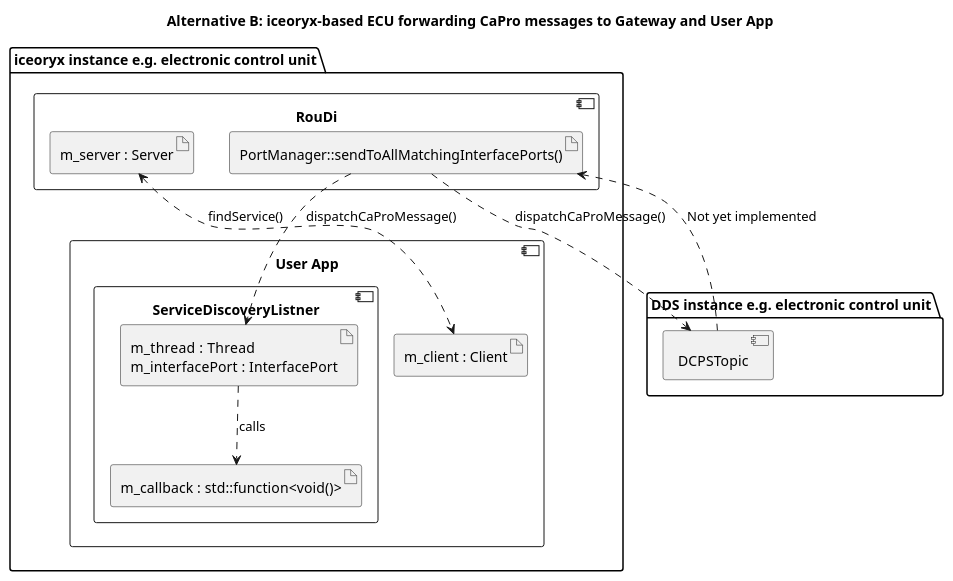
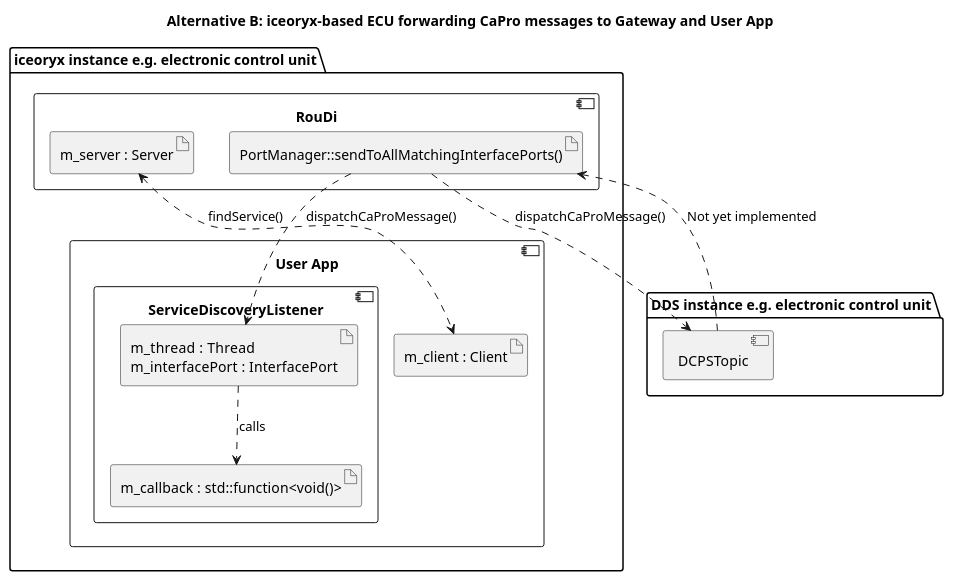
The diagram in doc/design/diagrams/service-discovery/service-discovery-overview-alternative-b.puml (eclipse-iceoryx/iceoryx), drawn with PlantUML before and after one commit. The commit also changed 3 other files, not shown here.

```diff
--- a/doc/design/diagrams/service-discovery/service-discovery-overview-alternative-b.puml
+++ b/doc/design/diagrams/service-discovery/service-discovery-overview-alternative-b.puml
@@ -1,38 +1,38 @@
 @startuml
 title Alternative B: iceoryx-based ECU forwarding CaPro messages to Gateway and User App
 
 package "iceoryx instance e.g. electronic control unit" {
     component RouDi {
         artifact discoveryLoop [
         PortManager::sendToAllMatchingInterfacePorts()
         ]
         artifact server [
         m_server : Server
         ]
     }
     component "User App" {
-        component ServiceDiscoveryListner {
+        component ServiceDiscoveryListener {
             artifact serviceDiscoveryThread [
             m_thread  : Thread
             m_interfacePort  : InterfacePort
             ]
             artifact callback [
             m_callback  : std::function<void()>
             ]
         }
         artifact client [
         m_client : Client
         ]
     }
 }
 
 package "DDS instance e.g. electronic control unit" {
     component DCPSTopic
 }
 
 [discoveryLoop] ..> [DCPSTopic] : dispatchCaProMessage()
 [discoveryLoop] ..> [serviceDiscoveryThread] : dispatchCaProMessage()
 [server] <..> [client] : findService()
 [DCPSTopic] ..> [discoveryLoop]  : Not yet implemented
 [serviceDiscoveryThread] ..> [callback]  : calls
 @enduml
```
